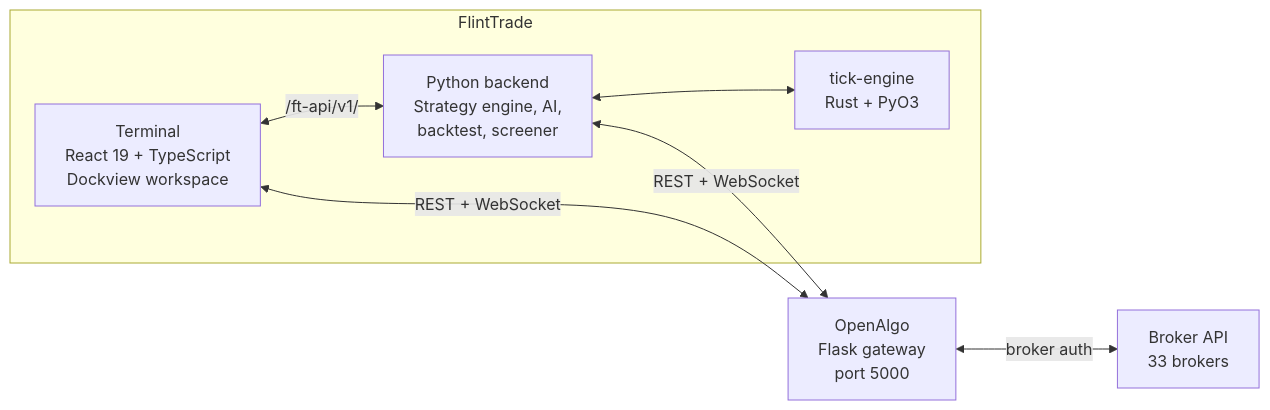
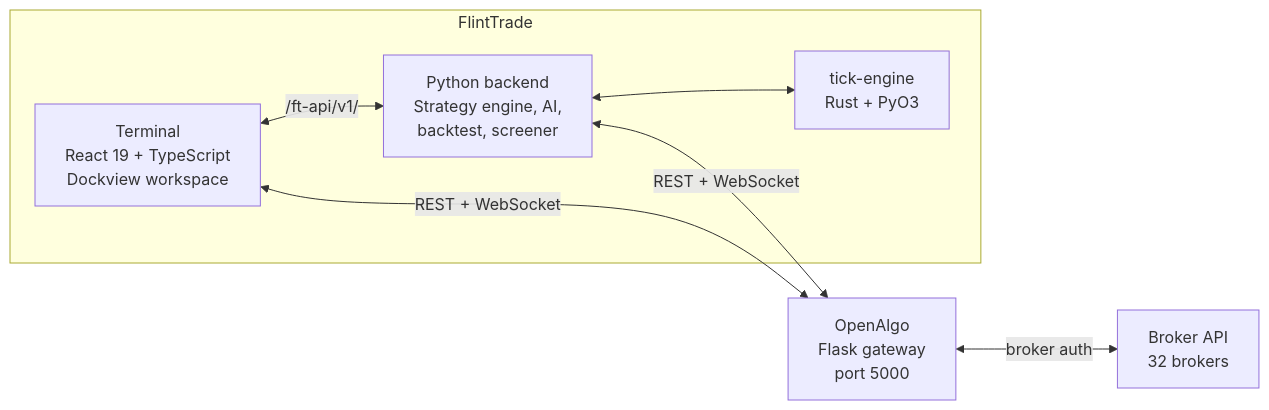
One commit to navaneeshnagarajan/FlintTrade changed the diagram in README.md. Above: the diagram before and after it, drawn with Mermaid. The commit also changed other lines of this file and 56 other files, not shown here.

````diff
--- a/README.md
+++ b/README.md
@@ -61,17 +61,17 @@
 ```mermaid
 flowchart LR
     subgraph FT["FlintTrade"]
         UI["Terminal<br/>React 19 + TypeScript<br/>Dockview workspace"]
         BE["Python backend<br/>Strategy engine, AI,<br/>backtest, screener"]
         TE["tick-engine<br/>Rust + PyO3"]
         UI <-->|"/ft-api/v1/"| BE
         BE <--> TE
     end
 
     OA["OpenAlgo<br/>Flask gateway<br/>port 5000"]
-    BR["Broker API<br/>33 brokers"]
+    BR["Broker API<br/>32 brokers"]
 
     UI <-->|"REST + WebSocket"| OA
     BE <-->|"REST + WebSocket"| OA
     OA <-->|"broker auth"| BR
 ```
````
